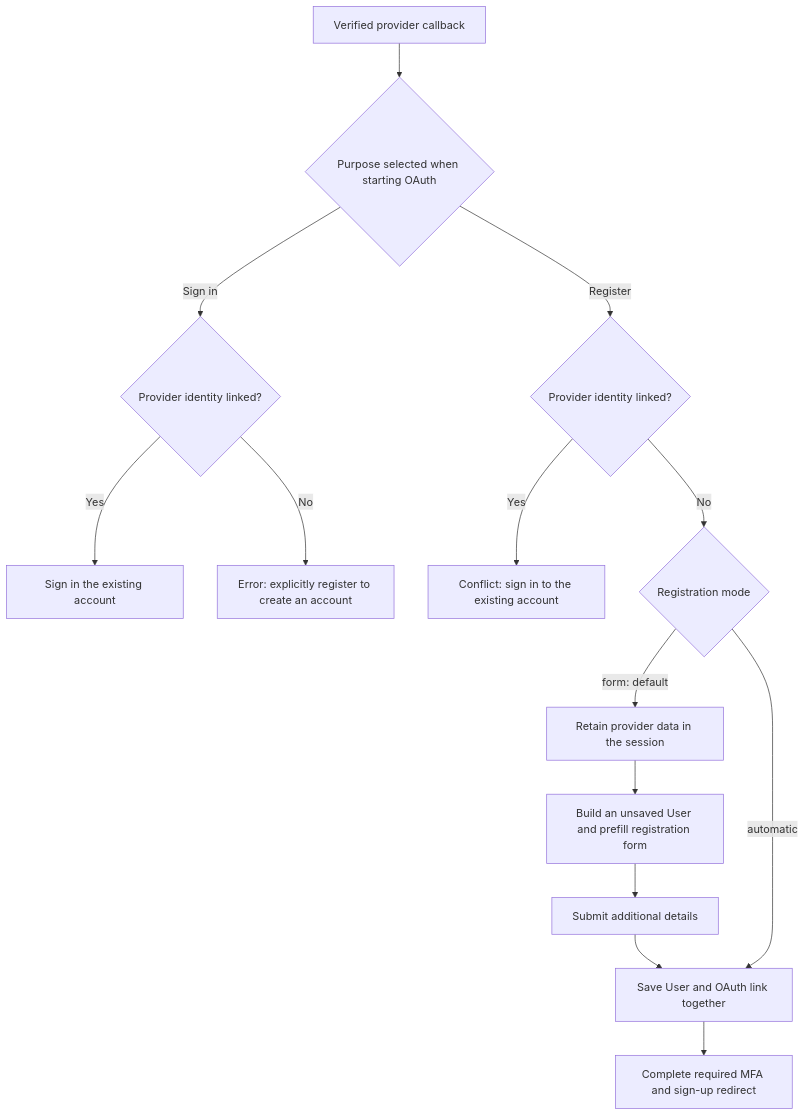
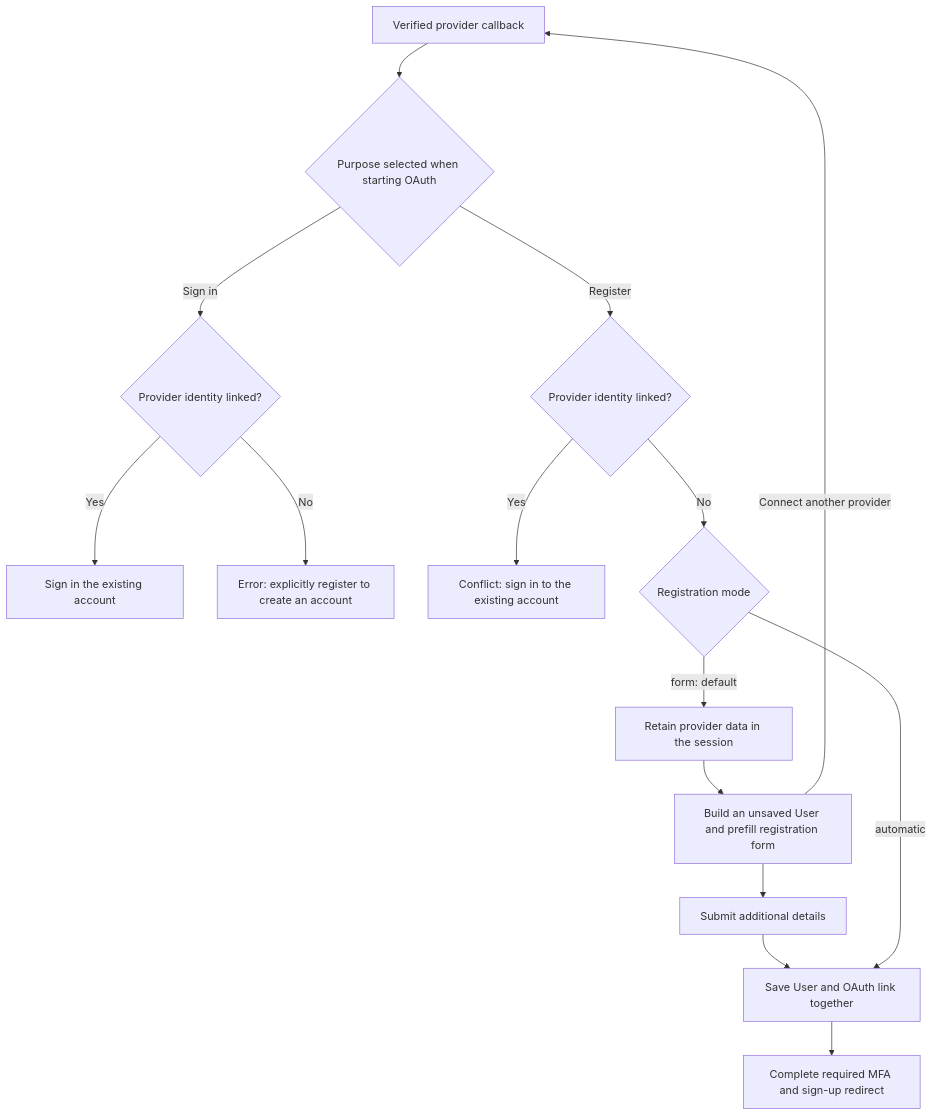
The diagram in docs/oauth.md (NicolasJJensen/rails_vouch), drawn with Mermaid before and after one commit. The commit also changed other lines of this file and 11 other files, not shown here.

````diff
--- a/docs/oauth.md
+++ b/docs/oauth.md
@@ -100,16 +109,17 @@
 ```mermaid
 flowchart TD
   A[Verified provider callback] --> P{Purpose selected when starting OAuth}
   P -->|Sign in| S{Provider identity linked?}
   S -->|Yes| C[Sign in the existing account]
   S -->|No| X[Error: explicitly register to create an account]
   P -->|Register| B{Provider identity linked?}
   B -->|Yes| Y[Conflict: sign in to the existing account]
   B -->|No| D{Registration mode}
   D -->|form: default| E[Retain provider data in the session]
   E --> F[Build an unsaved User and prefill registration form]
   F --> G[Submit additional details]
+  F -->|Connect another provider| A
   G --> H[Save User and OAuth link together]
   D -->|automatic| H
   H --> I[Complete required MFA and sign-up redirect]
 ```
````
